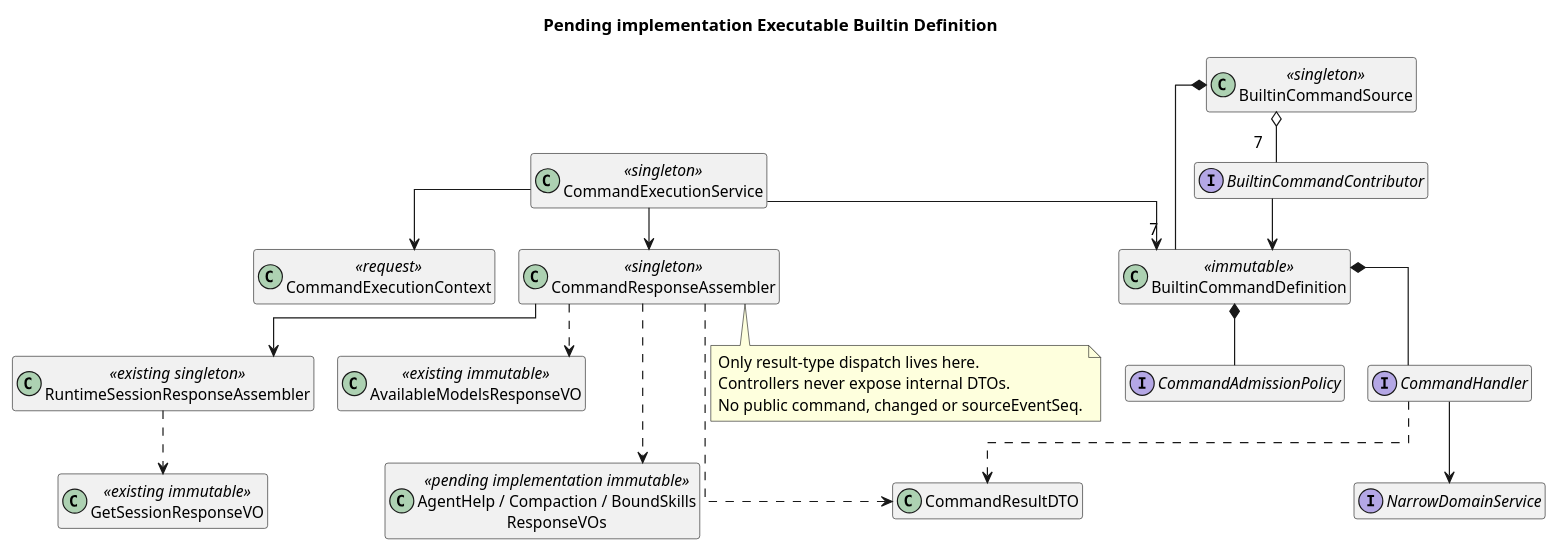
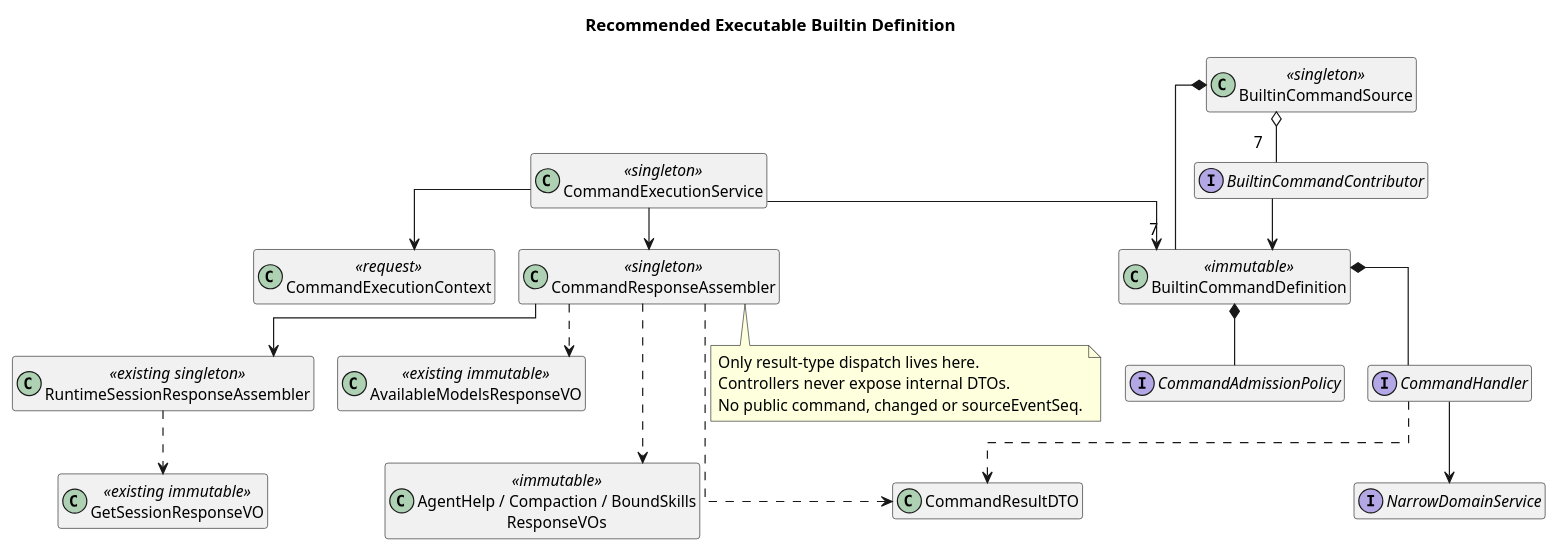
The first of 3 diagrams in 04-命令与技能/01-内置命令/设计图/diagram.puml (ssm0808/pi-mono-java-design), drawn with PlantUML before and after one commit. The commit also changed other lines of this file and 20 other files, not shown here.

```diff
--- a/04-命令与技能/01-内置命令/设计图/diagram.puml
+++ b/04-命令与技能/01-内置命令/设计图/diagram.puml
@@ -1,59 +1,59 @@
 @startuml target_command_core_classes
 top to bottom direction
 skinparam backgroundColor white
 skinparam shadowing false
 skinparam defaultFontName SansSerif
 skinparam defaultFontSize 13
 skinparam classAttributeIconSize 0
 skinparam packageStyle rectangle
 skinparam nodesep 20
 skinparam ranksep 35
 skinparam linetype ortho
 hide empty members
-title Pending implementation Executable Builtin Definition
-' Source evidence: pi-mono-java@0bb794f2 modules/coding-agent-cli/src/main/java/com/campusclaw/codingagent/runtimeapi/command/CommandDefinition.java.
+title Recommended Executable Builtin Definition
+' Source evidence: pi-mono-java@53eff85c modules/coding-agent-cli/src/main/java/com/campusclaw/codingagent/runtimeapi/service/command/CommandResponseAssembler.java assemble.
 ' Design reason: each contributor owns metadata, admission, and handler; no central command-name switch.
 ' Source evidence: pi-mono-java@6f52fddc modules/coding-agent-cli/src/main/java/com/campusclaw/codingagent/runtimeapi/session/RuntimeSessionResponseAssembler.java getView.
 ' Architecture change: project business resources, never serialize the internal command receipt.
 interface BuiltinCommandContributor
 class BuiltinCommandSource <<singleton>>
 class BuiltinCommandDefinition <<immutable>>
 interface CommandHandler
 interface CommandAdmissionPolicy
 class CommandExecutionContext <<request>>
 class CommandExecutionService <<singleton>>
 class CommandResponseAssembler <<singleton>>
 class CommandResultDTO
 class RuntimeSessionResponseAssembler <<existing singleton>>
 class GetSessionResponseVO <<existing immutable>>
 class AvailableModelsResponseVO <<existing immutable>>
-class "AgentHelp / Compaction / BoundSkills\nResponseVOs" as BusinessVOs <<pending implementation immutable>>
+class "AgentHelp / Compaction / BoundSkills\nResponseVOs" as BusinessVOs <<immutable>>
 interface NarrowDomainService
 BuiltinCommandSource o-- "7" BuiltinCommandContributor
 BuiltinCommandContributor --> BuiltinCommandDefinition
 BuiltinCommandSource *-- "7" BuiltinCommandDefinition
 BuiltinCommandDefinition *-- CommandHandler
 BuiltinCommandDefinition *-- CommandAdmissionPolicy
 CommandExecutionService --> CommandExecutionContext
 CommandExecutionService --> BuiltinCommandDefinition
 CommandHandler --> NarrowDomainService
 CommandHandler ..> CommandResultDTO
 CommandExecutionService --> CommandResponseAssembler
 CommandResponseAssembler ..> CommandResultDTO
 CommandResponseAssembler --> RuntimeSessionResponseAssembler
 RuntimeSessionResponseAssembler ..> GetSessionResponseVO
 CommandResponseAssembler ..> AvailableModelsResponseVO
 CommandResponseAssembler ..> BusinessVOs
 note bottom of CommandResponseAssembler
 Only result-type dispatch lives here.
 Controllers never expose internal DTOs.
 No public command, changed or sourceEventSeq.
 end note
 CommandExecutionService -[hidden]down-> BuiltinCommandDefinition
 BuiltinCommandDefinition -[hidden]down-> CommandHandler
 CommandHandler -[hidden]down-> NarrowDomainService
 CommandResponseAssembler -[hidden]down-> RuntimeSessionResponseAssembler
 AvailableModelsResponseVO -[hidden]down-> BusinessVOs
 BuiltinCommandSource -[hidden]down-> BuiltinCommandContributor
 CommandExecutionContext -[hidden]down-> CommandExecutionService
 @enduml
```
